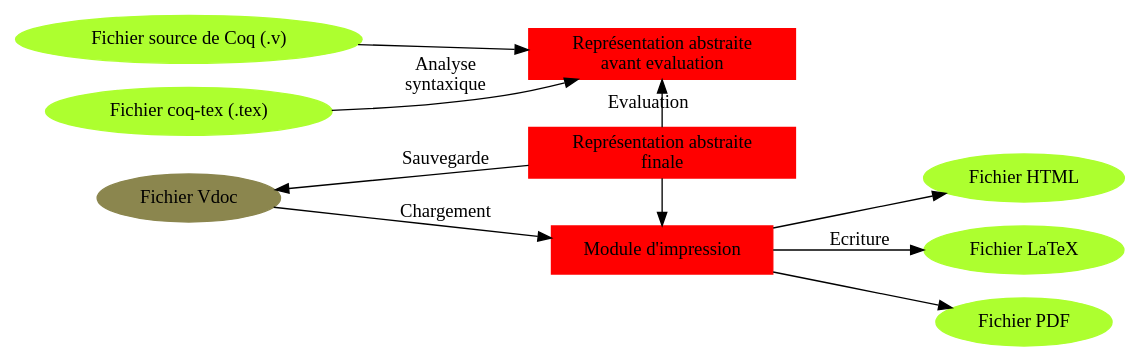
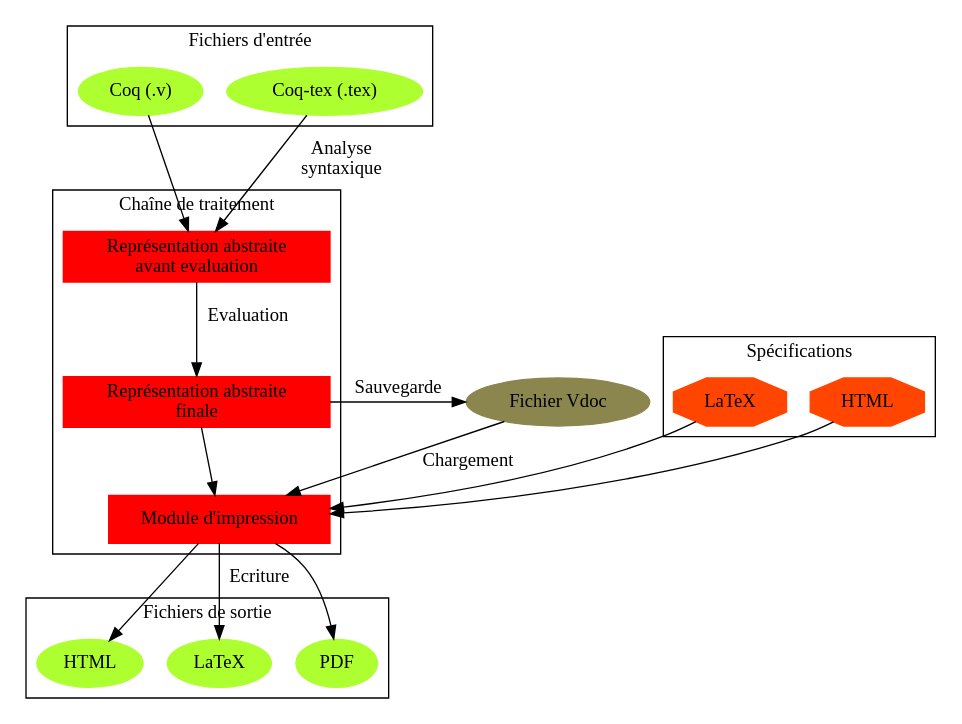
One commit to thethirdman/rapport_stage changed the diagram in data/devchain.dot. Above: the diagram before and after it, drawn with Graphviz. The commit also changed 2 other files, not shown here.

```diff
--- a/data/devchain.dot
+++ b/data/devchain.dot
@@ -1,27 +1,52 @@
 digraph Dev
 {
-  graph [rankdir="LR"];
   node [shape=box, color=red, style=filled];
   edge [arrowsize=1];
-  V [label="Fichier source de Coq (.v)",color=greenyellow,shape=ellipse];
-  COQTEX [label="Fichier coq-tex (.tex)", color=greenyellow,shape=ellipse];
-  AST1 [label="Représentation abstraite \n avant evaluation"];
-  AST2 [label="Représentation abstraite \n finale"];
-  PP   [label="Module d'impression"];
+  subgraph cluster_input
+  {
+    color = black;
+    label="Fichiers d'entrée";
+    V [label="Coq (.v)",color=greenyellow,shape=ellipse];
+    COQTEX [label="Coq-tex (.tex)", color=greenyellow,shape=ellipse];
+  }
+  subgraph cluster_compile
+  {
+    color = black;
+    label="Chaîne de traitement";
+    AST1 [label="Représentation abstraite \n avant evaluation"];
+    AST2 [label="Représentation abstraite \n finale"];
+    PP   [label="Module d'impression"];
+  }
+  subgraph cluster_output
+  {
+    color = black;
+    label="Fichiers de sortie";
+    HTML [label="HTML", color=greenyellow,shape=ellipse];
+    LATEX [label="LaTeX", color=greenyellow,shape=ellipse];
+    PDF [label="PDF",   color=greenyellow,shape=ellipse];
+  }
   VDOC [label="Fichier Vdoc",color=khaki4,shape=ellipse];
-  HTML [label="Fichier HTML", color=greenyellow,shape=ellipse];
-  LATEX [label="Fichier LaTeX", color=greenyellow,shape=ellipse];
-  PDF [label="Fichier PDF",   color=greenyellow,shape=ellipse];
+  subgraph cluster_spec
+  {
+    color = black;
+    label="Spécifications";
+    SP_LATEX [label="LaTeX",color=orangered,shape=octagon];
+    SP_HTML  [label="HTML",color=orangered,shape=octagon];
+  }
 
-  {rank=same; V COQTEX VDOC};
-  {rank=same; AST1 AST2 PP};
-  {rank=same; HTML LATEX PDF};
+  //{rank=same; V COQTEX VDOC};
+  //{rank=same; AST1 AST2 PP};
+  //{rank=same; HTML LATEX PDF};
+  //{rank=same; SP_LATEX SP_HTML};
+
   V -> AST1;
   COQTEX -> AST1 [label="Analyse \n syntaxique"];
-  AST1 -> AST2 [label="Evaluation",dir=back];
+  AST1 -> AST2 [label="Evaluation"];
   AST2 -> VDOC [label="Sauvegarde"];
   VDOC -> PP [label="Chargement"];
   AST2 -> PP;
   PP -> {HTML;PDF};
   PP -> LATEX [label="Ecriture"];
-  }
+  SP_LATEX -> PP;
+  SP_HTML -> PP;
+}
```
